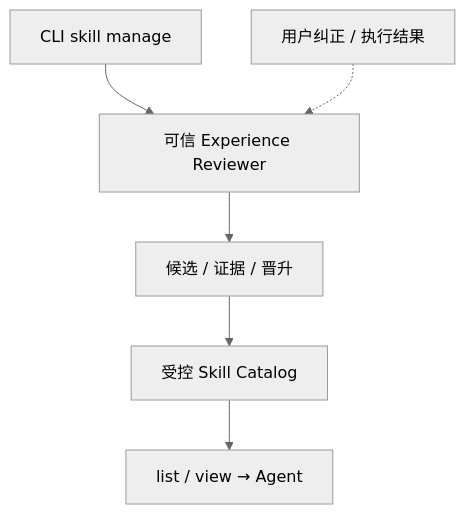
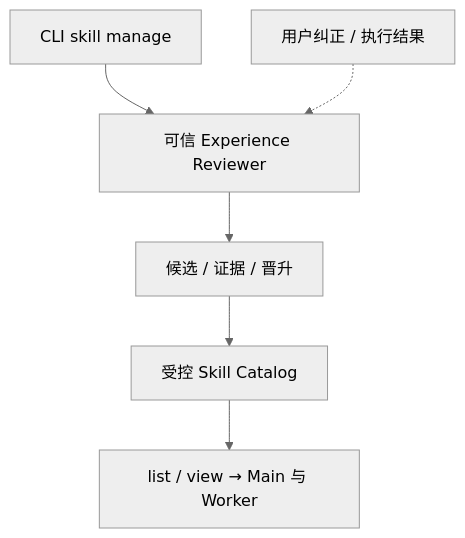
Before and after one commit to z-chenhao/assistant: the diagram in docs/designs/skills-experience.md, drawn with Mermaid (neutral theme). The commit also changed other lines of this file and 263 other files, not shown here.

````diff
--- a/docs/designs/skills-experience.md
+++ b/docs/designs/skills-experience.md
@@ -11,8 +13,8 @@
 ```mermaid
 flowchart TD
-    C["受控 Skill Catalog"] --> L["list / view → Agent"]
+    C["受控 Skill Catalog"] --> L["list / view → Main 与 Worker"]
     X["CLI skill manage"] --> R["可信 Experience Reviewer"]
     R --> V["候选 / 证据 / 晋升"]
     V --> C
     E["用户纠正 / 执行结果"] -.-> R
 ```
````
